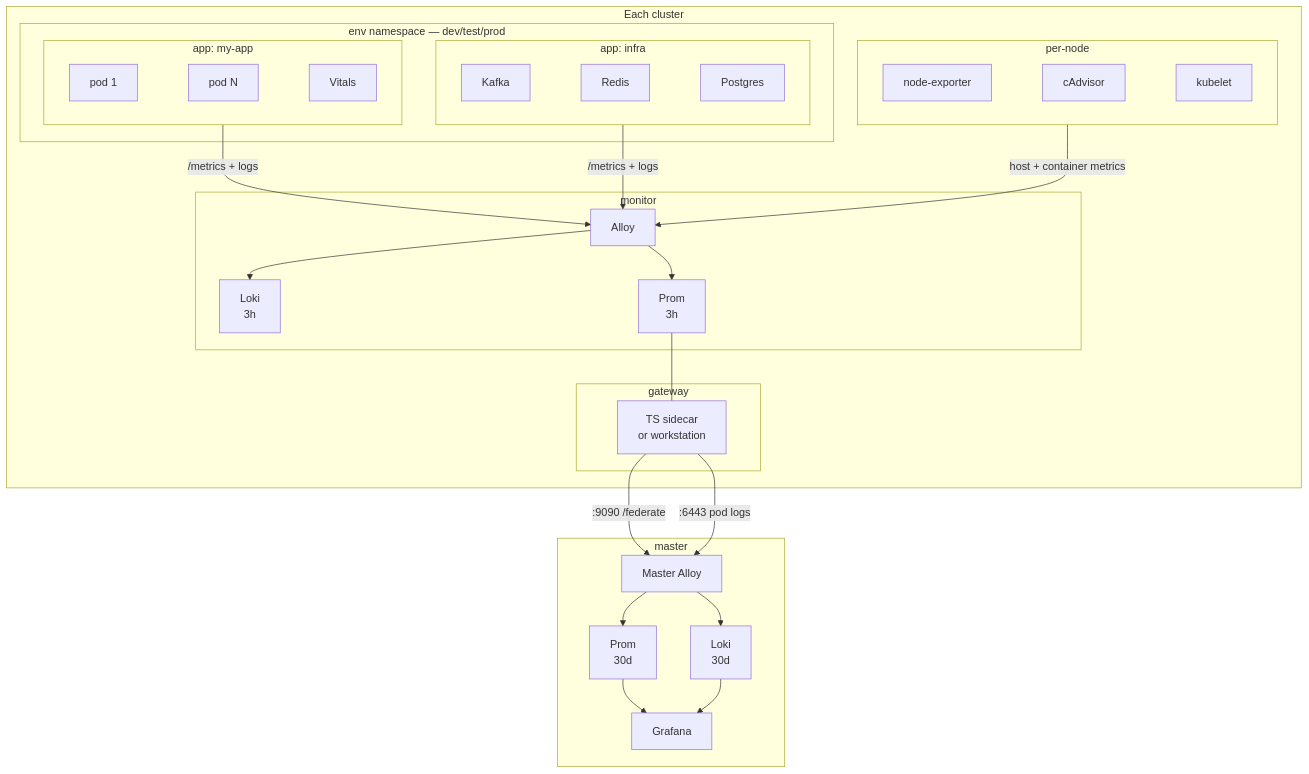
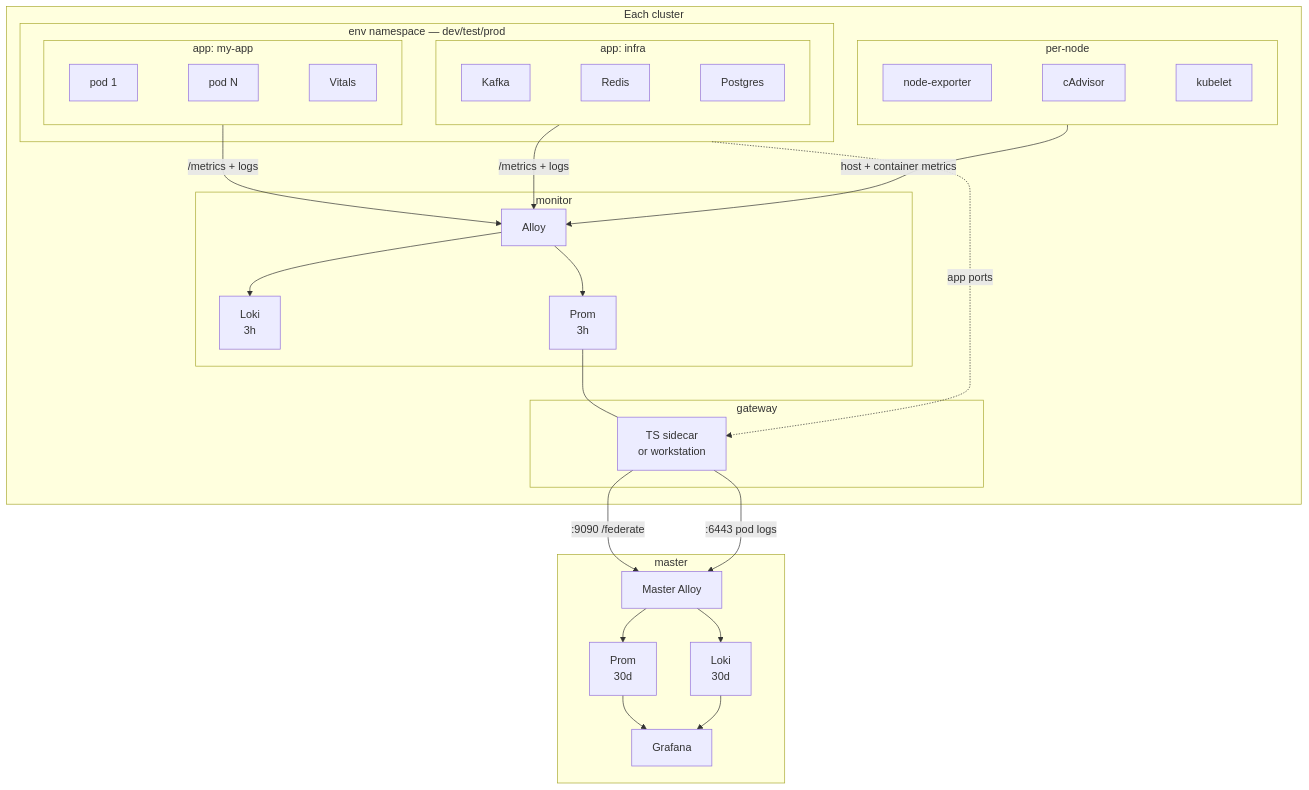
One commit to Kord96/kordinate changed the fourth of 4 diagrams in docs/infrastructure.md. Above: the diagram before and after it, drawn with Mermaid.

Commit message:
docs: show gateway TCP-forwards app ports from env namespace [scribe]

````diff
--- a/docs/infrastructure.md
+++ b/docs/infrastructure.md
@@ -97,46 +97,47 @@
 ```mermaid
 flowchart TB
     subgraph cluster[Each cluster]
         subgraph env[env namespace — dev/test/prod]
             subgraph myapp["app: my-app"]
                 P1[pod 1]
                 PN[pod N]
                 VIT[Vitals]
                 P1 ~~~ PN ~~~ VIT
             end
             subgraph infra["app: infra"]
                 KF[Kafka]
                 RD[Redis]
                 PG[Postgres]
                 KF ~~~ RD ~~~ PG
             end
         end
 
         subgraph nodes[per-node]
             NE[node-exporter]
             CA[cAdvisor]
             KL[kubelet]
             NE ~~~ CA ~~~ KL
         end
 
         subgraph mon[monitor]
             AL[Alloy] --> LK[Loki<br/>3h] & PR[Prom<br/>3h]
         end
 
         subgraph gw[gateway]
             GWT[TS sidecar<br/>or workstation]
         end
 
         myapp & infra -->|/metrics + logs| AL
         nodes -->|host + container metrics| AL
         PR --- GWT
+        env -.->|app ports| GWT
     end
 
     GWT -->|:9090 /federate| MA
     GWT -->|:6443 pod logs| MA
 
     subgraph master[master]
         MA[Master Alloy] --> ML[Loki<br/>30d] & MP[Prom<br/>30d]
         MP & ML --> G[Grafana]
     end
 ```
````
